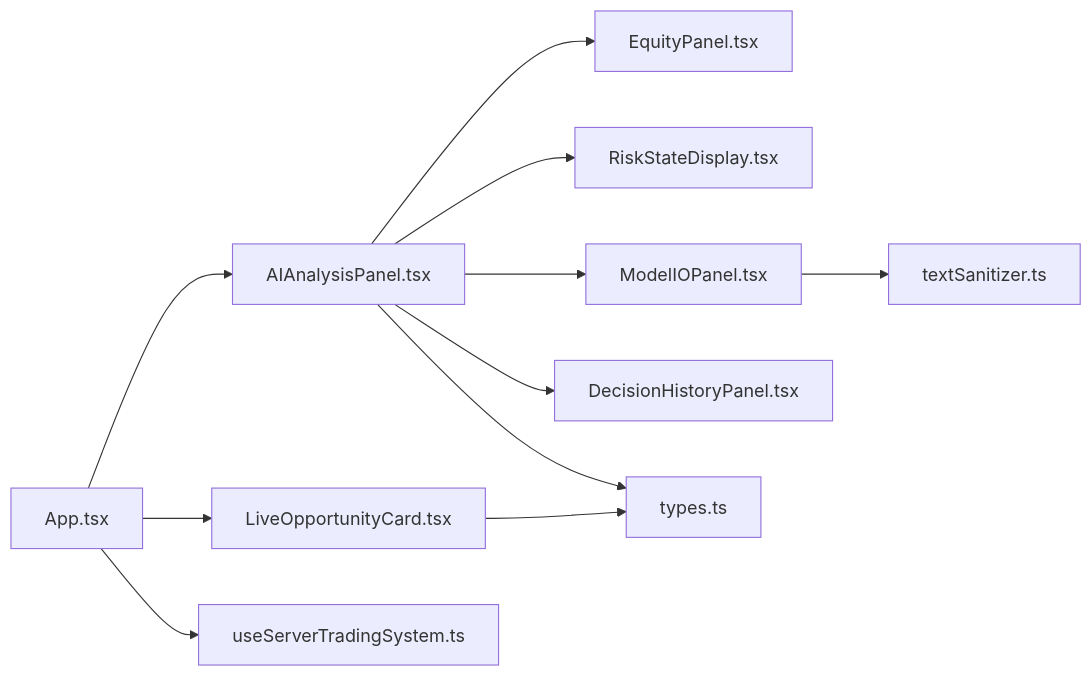
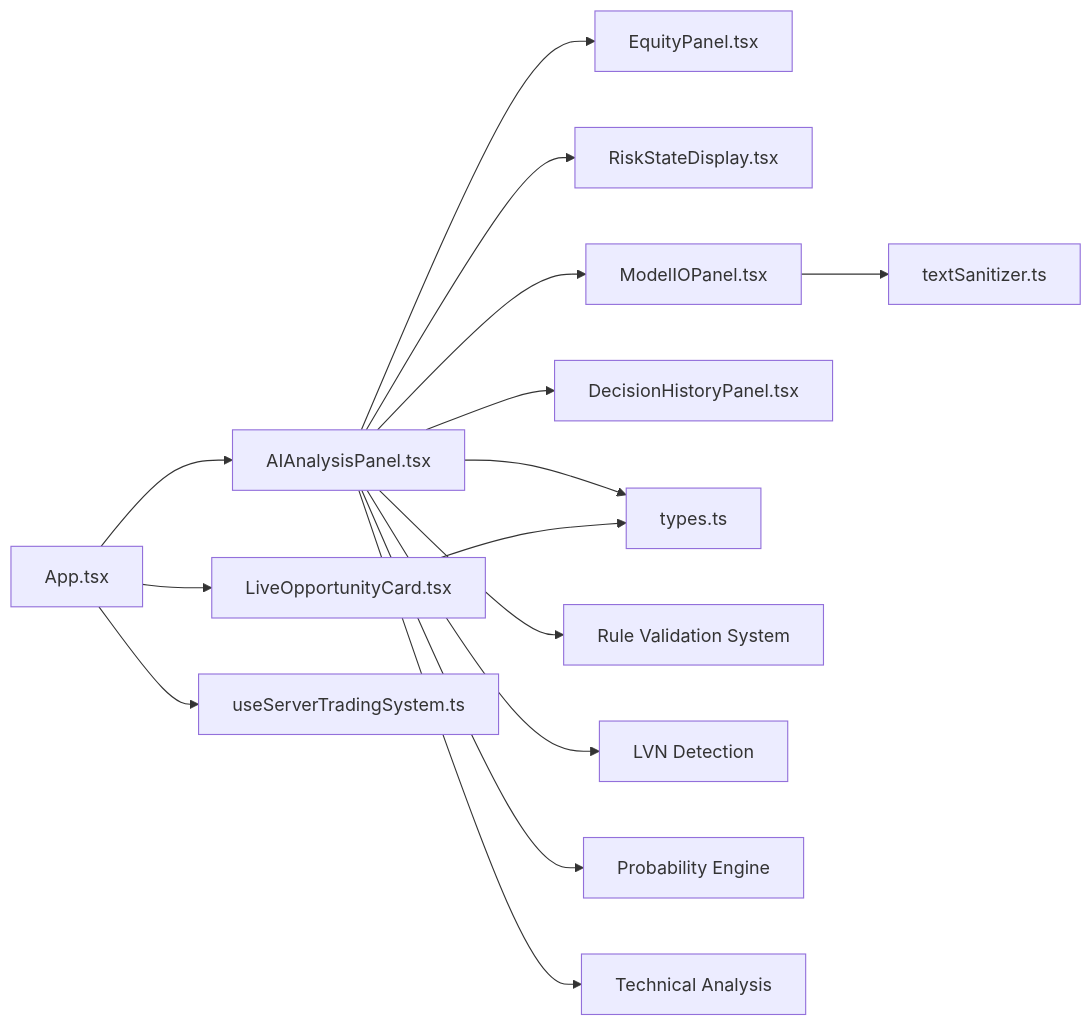
Before and after one commit to gemrajkhatry-maker/v5-of-glassytrade-ai: the fifth of 5 diagrams in .qoder/repowiki/en/content/Frontend Application/React Components/AI Analysis Panels/AI Analysis Panels.md, drawn with Mermaid. The commit also changed other lines of this file and 930 other files, not shown here.

````diff
--- a/.qoder/repowiki/en/content/Frontend Application/React Components/AI Analysis Panels/AI Analysis Panels.md
+++ b/.qoder/repowiki/en/content/Frontend Application/React Components/AI Analysis Panels/AI Analysis Panels.md
@@ -343,13 +446,17 @@
 ```mermaid
 graph LR
 AIAnalysis["AIAnalysisPanel.tsx"] --> Equity["EquityPanel.tsx"]
 AIAnalysis --> Risk["RiskStateDisplay.tsx"]
 AIAnalysis --> IO["ModelIOPanel.tsx"]
 AIAnalysis --> History["DecisionHistoryPanel.tsx"]
 AIAnalysis --> Types["types.ts"]
+AIAnalysis --> RuleCheck["Rule Validation System"]
+AIAnalysis --> LVN["LVN Detection"]
+AIAnalysis --> ProbEngine["Probability Engine"]
+AIAnalysis --> TechAnalysis["Technical Analysis"]
 IO --> Sanitizer["textSanitizer.ts"]
 LiveCard["LiveOpportunityCard.tsx"] --> Types
 App["App.tsx"] --> AIAnalysis
 App --> LiveCard
 App --> Hook["useServerTradingSystem.ts"]
 ```
````
